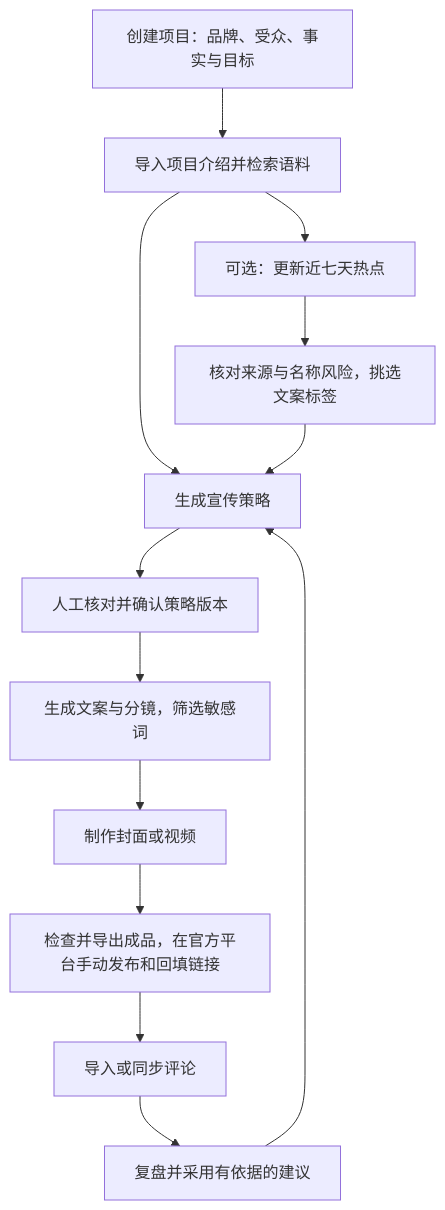
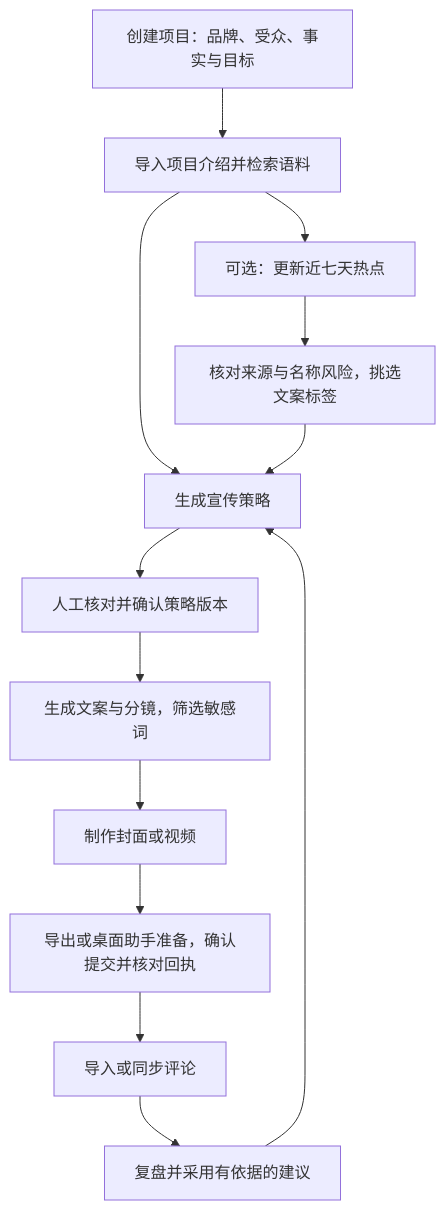
Before and after one commit to JerryCoal/shengzhang-studio: the diagram in README.md, drawn with Mermaid. The commit also changed other lines of this file and 131 other files, not shown here.

````diff
--- a/README.md
+++ b/README.md
@@ -45,15 +55,15 @@
 ```mermaid
 flowchart TD
     A[创建项目：品牌、受众、事实与目标] --> B[导入项目介绍并检索语料]
     B --> C[可选：更新近七天热点]
     C --> D[核对来源与名称风险，挑选文案标签]
     B --> E[生成宣传策略]
     D --> E
     E --> F[人工核对并确认策略版本]
     F --> G[生成文案与分镜，筛选敏感词]
     G --> H[制作封面或视频]
-    H --> I[检查并导出成品，在官方平台手动发布和回填链接]
+    H --> I[导出或桌面助手准备，确认提交并核对回执]
     I --> J[导入或同步评论]
     J --> K[复盘并采用有依据的建议]
     K --> E
 ```
````
